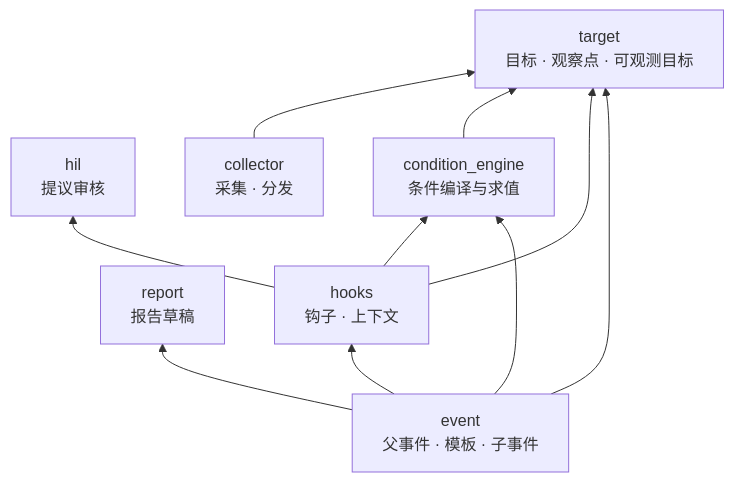
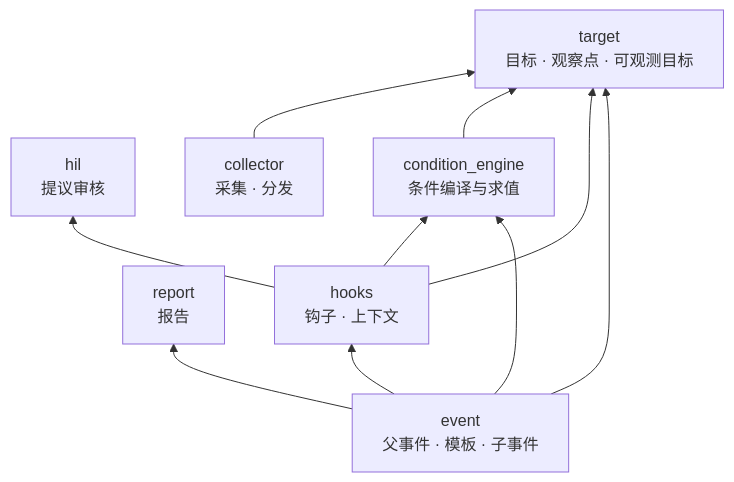
One commit to Jeromexsu/Orion changed the first of 5 diagrams in README.md. Above: the diagram before and after it, drawn with Mermaid. The commit also changed other lines of this file and 17 other files, not shown here.

````diff
--- a/README.md
+++ b/README.md
@@ -36,20 +36,20 @@
 ```mermaid
 graph BT
   target["target<br/>目标 · 观察点 · 可观测目标"]
   hil["hil<br/>提议审核"]
-  report["report<br/>报告草稿"]
+  report["report<br/>报告"]
   collector["collector<br/>采集 · 分发"]
   condition["condition_engine<br/>条件编译与求值"]
   hooks["hooks<br/>钩子 · 上下文"]
   event["event<br/>父事件 · 模板 · 子事件"]
 
   collector --> target
   condition --> target
   hooks --> target
   hooks --> condition
   hooks --> hil
   event --> target
   event --> condition
   event --> hooks
   event --> report
 ```
````
